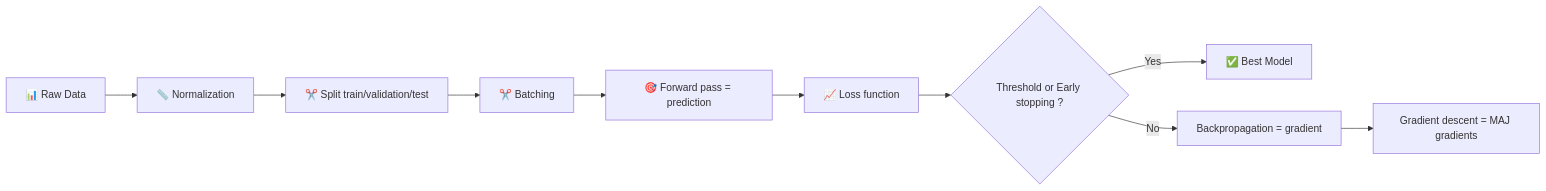
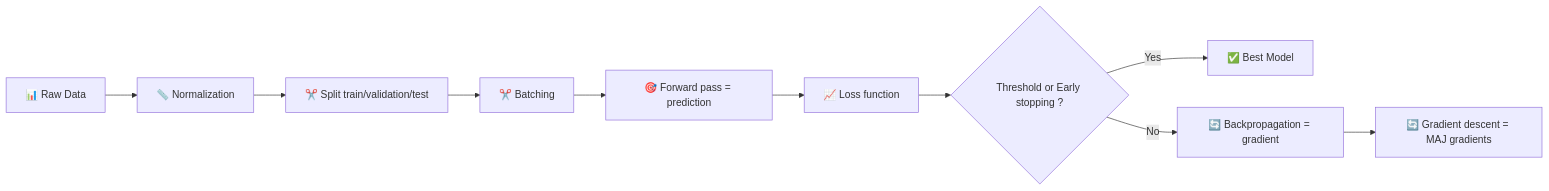
Before and after one commit to socallmebertille/42-Multilayer_Perceptron: the diagram in README.md, drawn with Mermaid.

Commit message:
MAJ on ReadMe

````diff
--- a/README.md
+++ b/README.md
@@ -41,12 +41,12 @@
 ```mermaid
 graph LR
     A[📊 Raw Data] --> B[📏 Normalization]
     B --> C[✂️ Split train/validation/test]
     C --> D[✂️ Batching]
     D --> E[🎯 Forward pass = prediction]
     E --> F[📈 Loss function]
     F --> G{Threshold or Early stopping ?}
     G --> |Yes| H[✅ Best Model]
-    G --> |No| I[Backpropagation = gradient]
-    I --> J[Gradient descent = MAJ gradients]
+    G --> |No| I[🔄 Backpropagation = gradient]
+    I --> J[🔄 Gradient descent = MAJ gradients]
 ```
````
